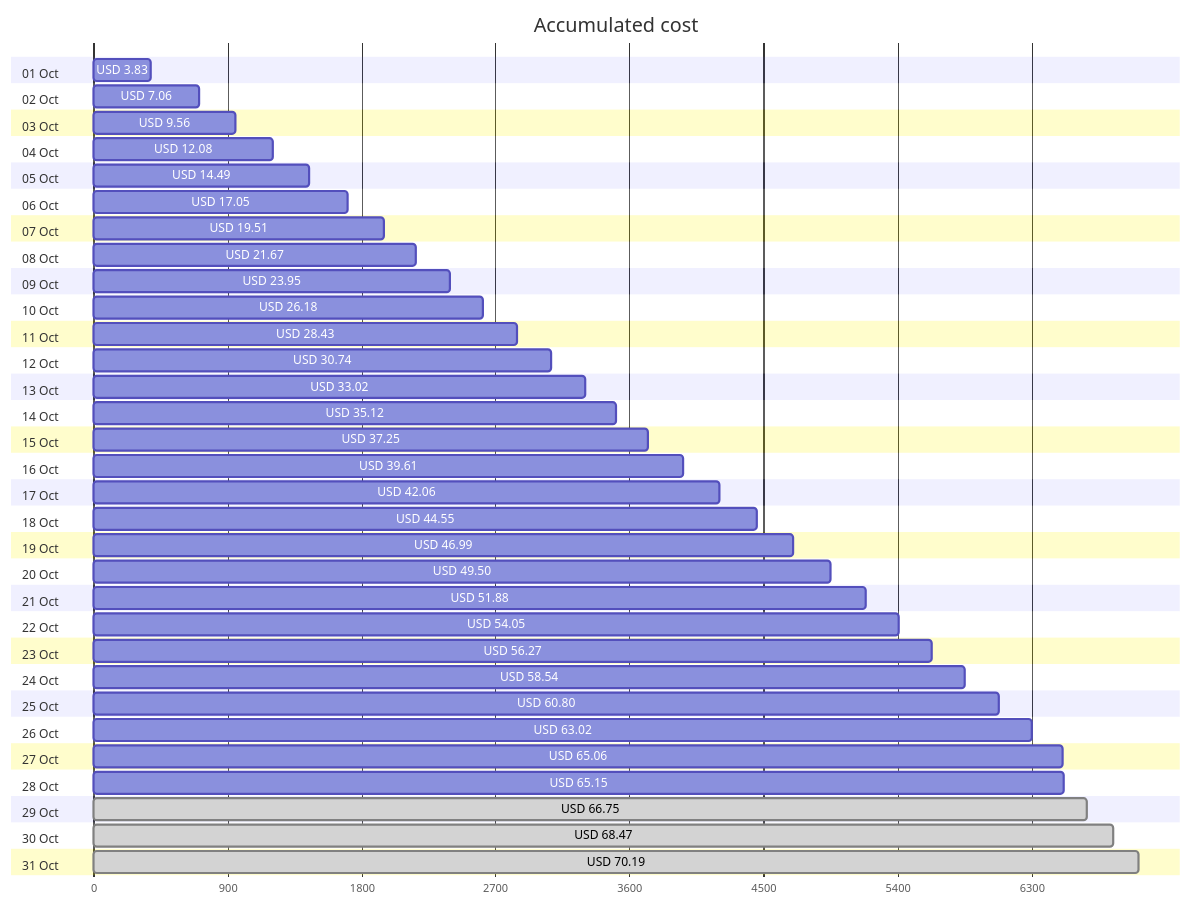
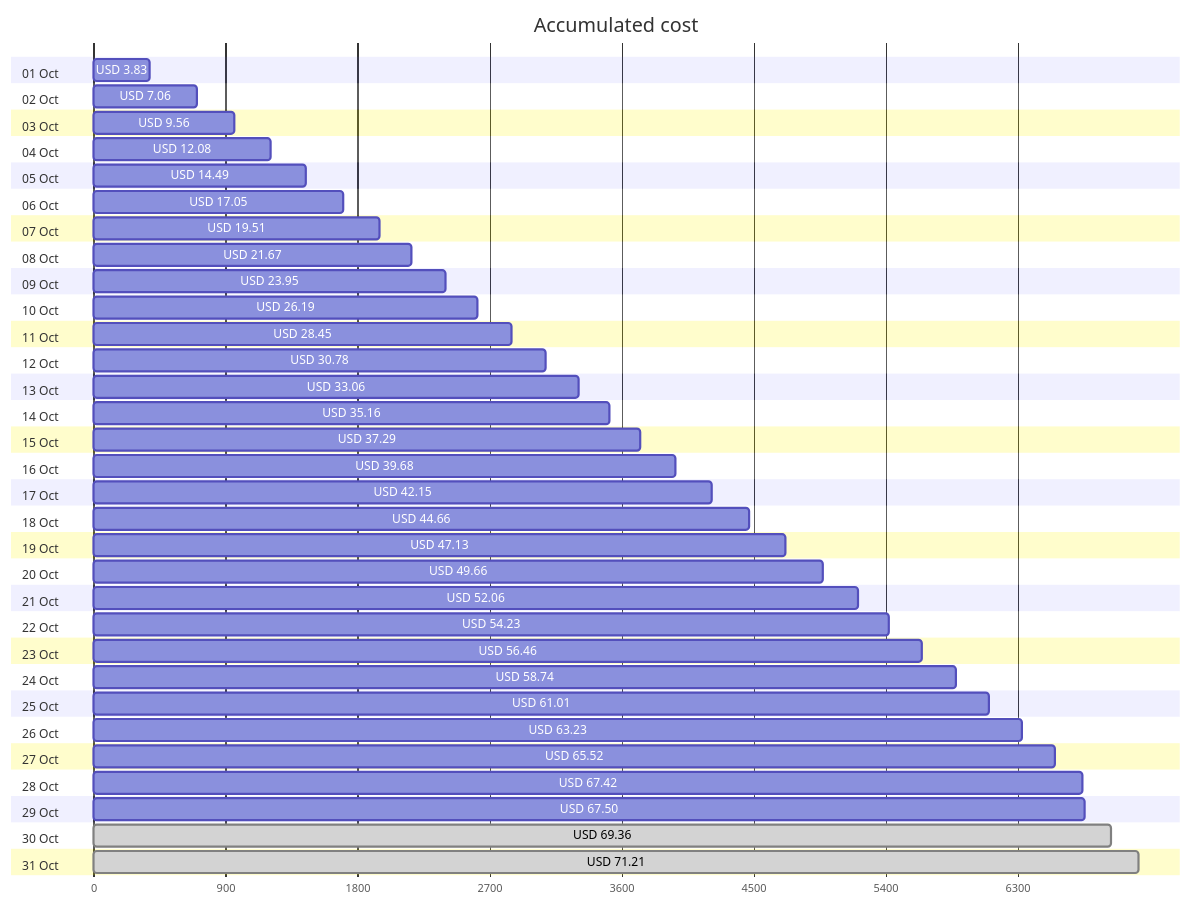
Before and after one commit to jpfulton/azure-personal-reports: the first of 4 diagrams in cost-reports/accumulated-cost.md, drawn with Mermaid. The commit also changed other lines of this file and 4 other files, not shown here.

````diff
--- a/cost-reports/accumulated-cost.md
+++ b/cost-reports/accumulated-cost.md
@@ -20,68 +20,68 @@
 ```mermaid
 gantt
    title Accumulated cost
    dateFormat  X
    axisFormat %s
    section 01 Oct
    USD 3.83 :0, 383
    section 02 Oct
    USD 7.06 :0, 706
    section 03 Oct
    USD 9.56 :0, 956
    section 04 Oct
    USD 12.08 :0, 1208
    section 05 Oct
    USD 14.49 :0, 1449
    section 06 Oct
    USD 17.05 :0, 1705
    section 07 Oct
    USD 19.51 :0, 1951
    section 08 Oct
    USD 21.67 :0, 2167
    section 09 Oct
    USD 23.95 :0, 2395
    section 10 Oct
-   USD 26.18 :0, 2618
+   USD 26.19 :0, 2619
    section 11 Oct
-   USD 28.43 :0, 2843
+   USD 28.45 :0, 2845
    section 12 Oct
-   USD 30.74 :0, 3074
+   USD 30.78 :0, 3078
    section 13 Oct
-   USD 33.02 :0, 3302
+   USD 33.06 :0, 3306
    section 14 Oct
-   USD 35.12 :0, 3512
+   USD 35.16 :0, 3516
    section 15 Oct
-   USD 37.25 :0, 3725
+   USD 37.29 :0, 3729
    section 16 Oct
-   USD 39.61 :0, 3961
+   USD 39.68 :0, 3968
    section 17 Oct
-   USD 42.06 :0, 4206
+   USD 42.15 :0, 4215
    section 18 Oct
-   USD 44.55 :0, 4455
+   USD 44.66 :0, 4466
    section 19 Oct
-   USD 46.99 :0, 4699
+   USD 47.13 :0, 4713
    section 20 Oct
-   USD 49.50 :0, 4950
+   USD 49.66 :0, 4966
    section 21 Oct
-   USD 51.88 :0, 5188
+   USD 52.06 :0, 5206
    section 22 Oct
-   USD 54.05 :0, 5405
+   USD 54.23 :0, 5423
    section 23 Oct
-   USD 56.27 :0, 5627
+   USD 56.46 :0, 5646
    section 24 Oct
-   USD 58.54 :0, 5854
+   USD 58.74 :0, 5874
    section 25 Oct
-   USD 60.80 :0, 6080
+   USD 61.01 :0, 6101
    section 26 Oct
-   USD 63.02 :0, 6302
+   USD 63.23 :0, 6323
    section 27 Oct
-   USD 65.06 :0, 6506
+   USD 65.52 :0, 6552
    section 28 Oct
-   USD 65.15 :0, 6515
+   USD 67.42 :0, 6742
    section 29 Oct
-   USD 66.75 : done, 0, 6675
+   USD 67.50 :0, 6750
    section 30 Oct
-   USD 68.47 : done, 0, 6847
+   USD 69.36 : done, 0, 6936
    section 31 Oct
-   USD 70.19 : done, 0, 7019
+   USD 71.21 : done, 0, 7121
 ```
````
